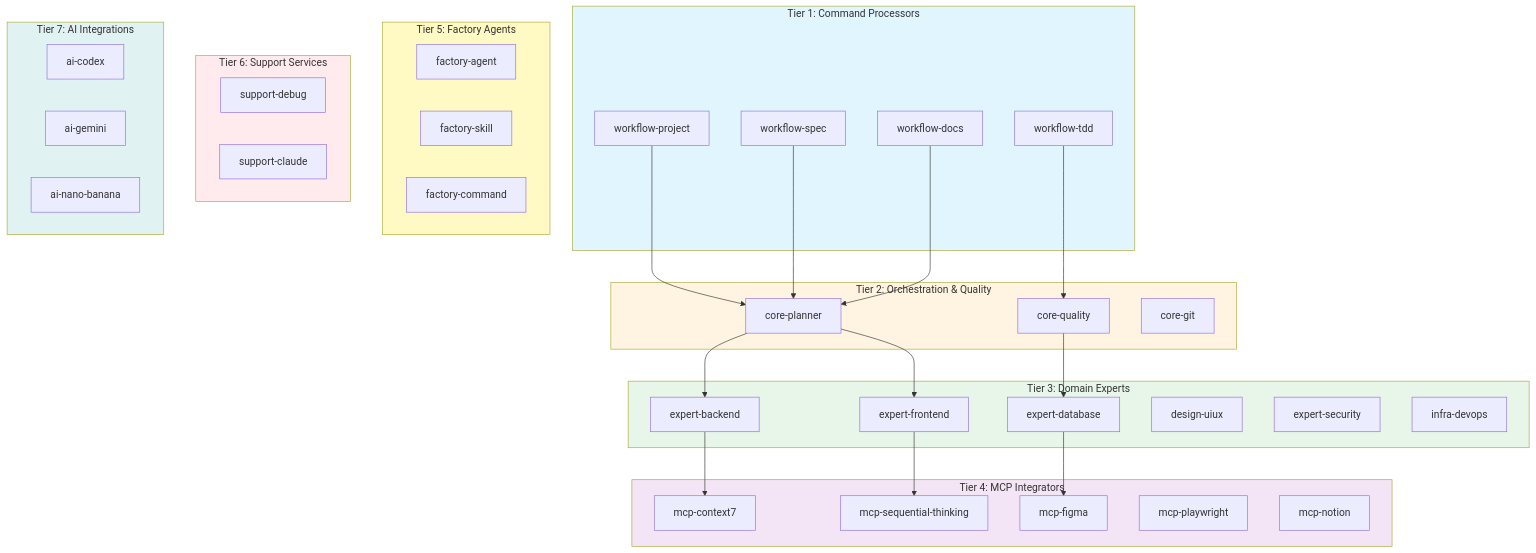
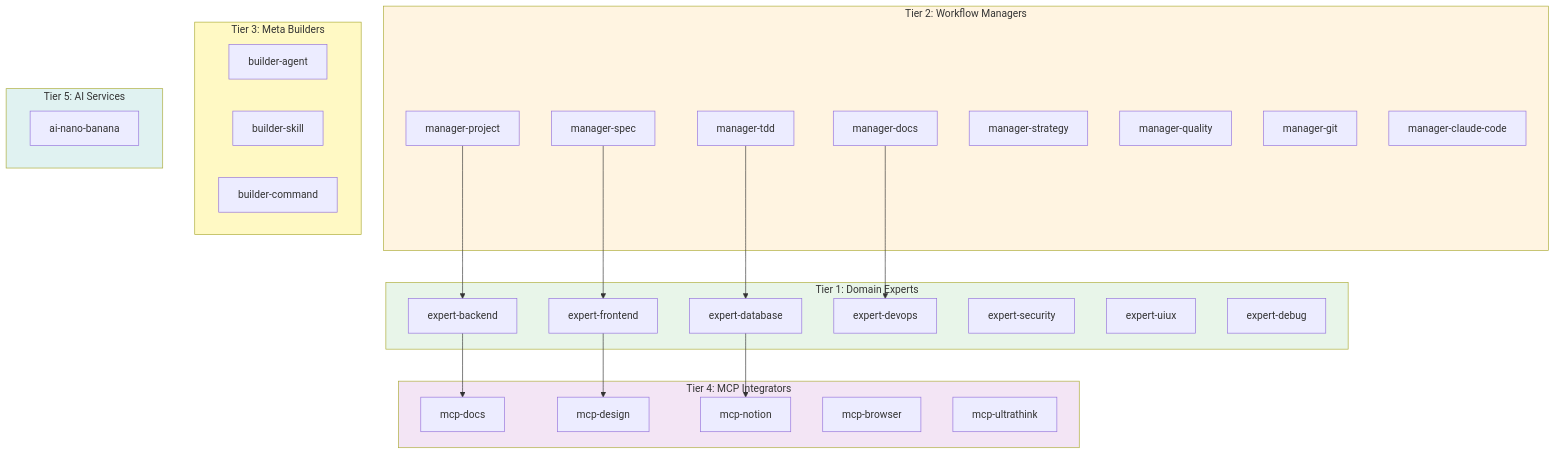
Before and after one commit to modu-ai/moai-adk: the fifth of 9 diagrams in README.ko.md, drawn with Mermaid. The commit also changed other lines of this file and 130 other files, not shown here.

````diff
--- a/README.ko.md
+++ b/README.ko.md
@@ -1177,70 +1191,56 @@
 ```mermaid
 graph TB
-    subgraph Tier1["Tier 1: Command Processors"]
-        W1[workflow-project]
-        W2[workflow-spec]
-        W3[workflow-tdd]
-        W4[workflow-docs]
+    subgraph Tier1["Tier 1: Domain Experts"]
+        E1[expert-backend]
+        E2[expert-frontend]
+        E3[expert-database]
+        E4[expert-devops]
+        E5[expert-security]
+        E6[expert-uiux]
+        E7[expert-debug]
     end
 
-    subgraph Tier2["Tier 2: Orchestration & Quality"]
-        C1[core-planner]
-        C2[core-quality]
-        C3[core-git]
+    subgraph Tier2["Tier 2: Workflow Managers"]
+        M1[manager-project]
+        M2[manager-spec]
+        M3[manager-tdd]
+        M4[manager-docs]
+        M5[manager-strategy]
+        M6[manager-quality]
+        M7[manager-git]
+        M8[manager-claude-code]
     end
 
-    subgraph Tier3["Tier 3: Domain Experts"]
-        D1[expert-backend]
-        D2[expert-frontend]
-        D3[expert-database]
-        D4[design-uiux]
-        D5[expert-security]
-        D6[infra-devops]
+    subgraph Tier3["Tier 3: Meta Builders"]
+        B1[builder-agent]
+        B2[builder-skill]
+        B3[builder-command]
     end
 
     subgraph Tier4["Tier 4: MCP Integrators"]
-        M1[mcp-context7]
-        M2[mcp-sequential-thinking]
-        M3[mcp-figma]
-        M4[mcp-playwright]
-        M5[mcp-notion]
+        MC1[mcp-docs]
+        MC2[mcp-design]
+        MC3[mcp-notion]
+        MC4[mcp-browser]
+        MC5[mcp-ultrathink]
     end
 
-    subgraph Tier5["Tier 5: Factory Agents"]
-        F1[factory-agent]
-        F2[factory-skill]
-        F3[factory-command]
+    subgraph Tier5["Tier 5: AI Services"]
+        A1[ai-nano-banana]
     end
 
-    subgraph Tier6["Tier 6: Support Services"]
-        S1[support-debug]
-        S2[support-claude]
-    end
+    M1 --> E1
+    M2 --> E2
+    M3 --> E3
+    M4 --> E4
 
-    subgraph Tier7["Tier 7: AI Integrations"]
-        A1[ai-codex]
-        A2[ai-gemini]
-        A3[ai-nano-banana]
-    end
+    E1 --> MC1
+    E2 --> MC2
+    E3 --> MC3
 
-    W1 --> C1
-    W2 --> C1
-    W3 --> C2
-    W4 --> C1
-
-    C1 --> D1
-    C1 --> D2
-    C2 --> D3
-
-    D1 --> M1
-    D2 --> M2
-    D3 --> M3
-
-    style Tier1 fill:#e1f5ff
+    style Tier1 fill:#e8f5e9
     style Tier2 fill:#fff4e1
-    style Tier3 fill:#e8f5e9
+    style Tier3 fill:#fff9c4
     style Tier4 fill:#f3e5f5
-    style Tier5 fill:#fff9c4
-    style Tier6 fill:#ffebee
-    style Tier7 fill:#e0f2f1
+    style Tier5 fill:#e0f2f1
 ```
````
